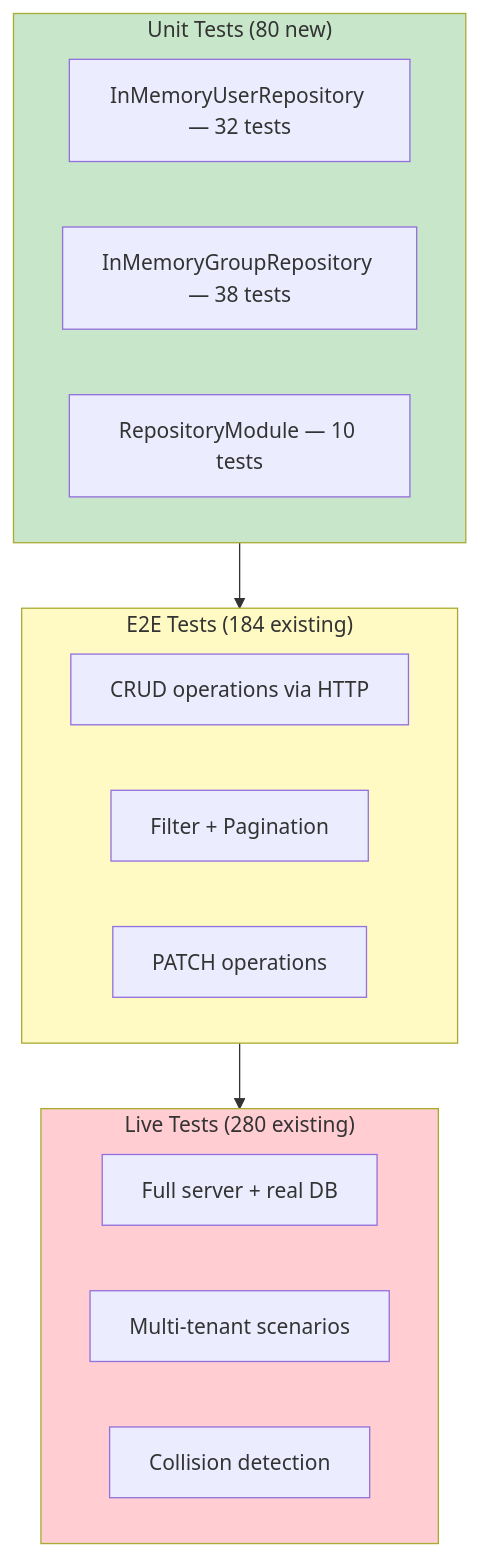
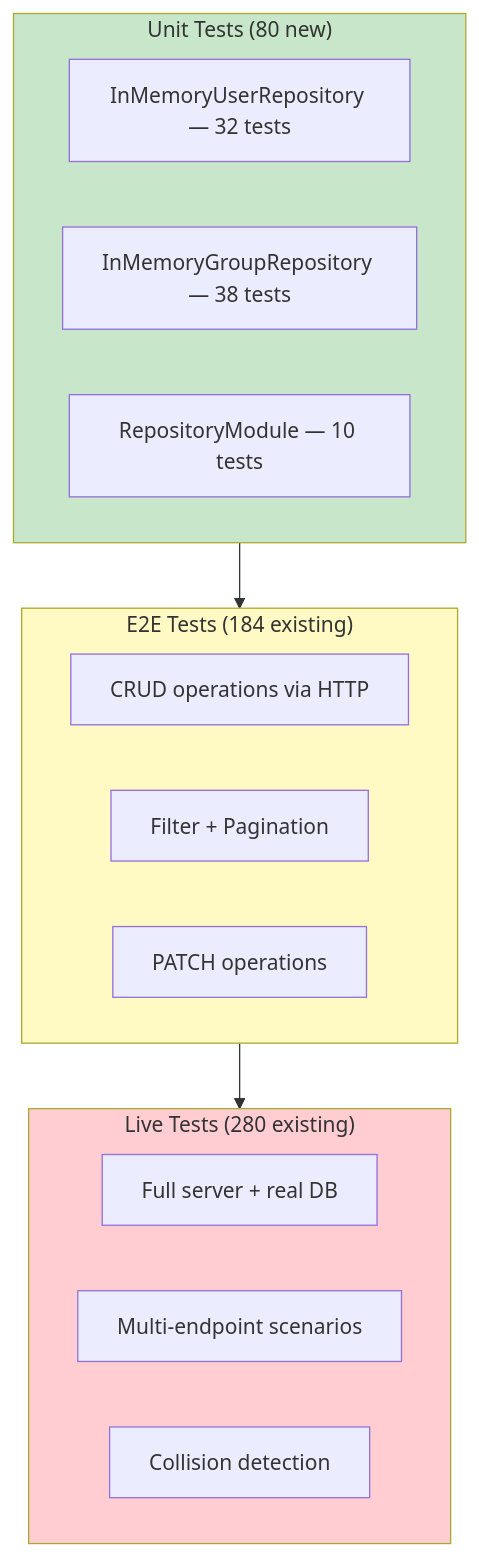
The eighth of 9 diagrams in docs/phases/PHASE_01_REPOSITORY_PATTERN.md (pranems/SCIMServer), drawn with Mermaid before and after one commit. The commit also changed other lines of this file and 37 other files, not shown here.

First line of the commit message:
feat(phase-6-part-2): per-endpoint schema extension system with admin CRUD API

````diff
--- a/docs/phases/PHASE_01_REPOSITORY_PATTERN.md
+++ b/docs/phases/PHASE_01_REPOSITORY_PATTERN.md
@@ -937,26 +937,26 @@
 ```mermaid
 flowchart TB
     subgraph Unit["Unit Tests (80 new)"]
         UT1["InMemoryUserRepository — 32 tests"]
         UT2["InMemoryGroupRepository — 38 tests"]
         UT3["RepositoryModule — 10 tests"]
     end
 
     subgraph Integration["E2E Tests (184 existing)"]
         IT1["CRUD operations via HTTP"]
         IT2["Filter + Pagination"]
         IT3["PATCH operations"]
     end
 
     subgraph Live["Live Tests (280 existing)"]
         LT1["Full server + real DB"]
-        LT2["Multi-tenant scenarios"]
+        LT2["Multi-endpoint scenarios"]
         LT3["Collision detection"]
     end
 
     Unit --> Integration --> Live
 
     style Unit fill:#c8e6c9,color:#333
     style Integration fill:#fff9c4,color:#333
     style Live fill:#ffcdd2,color:#333
 ```
````
